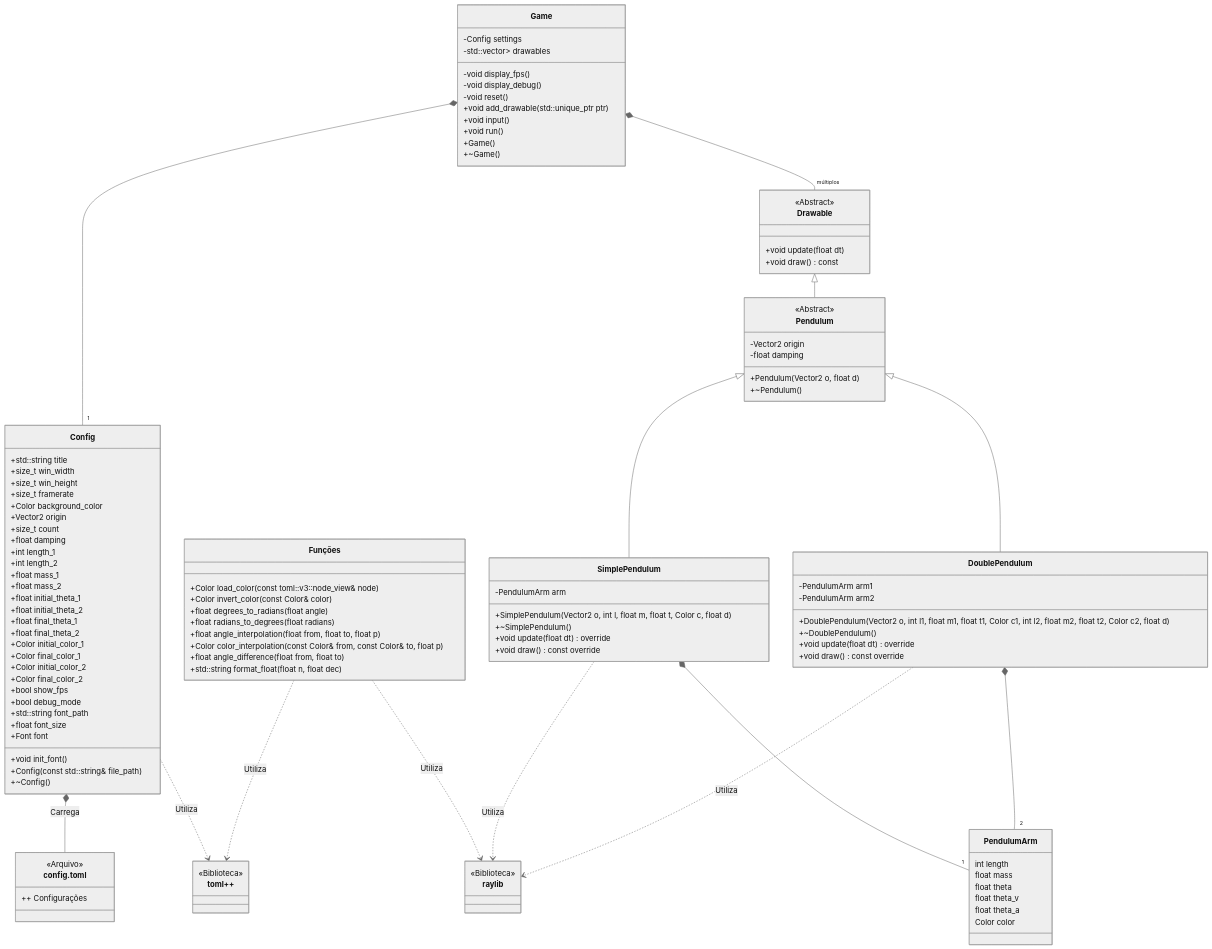
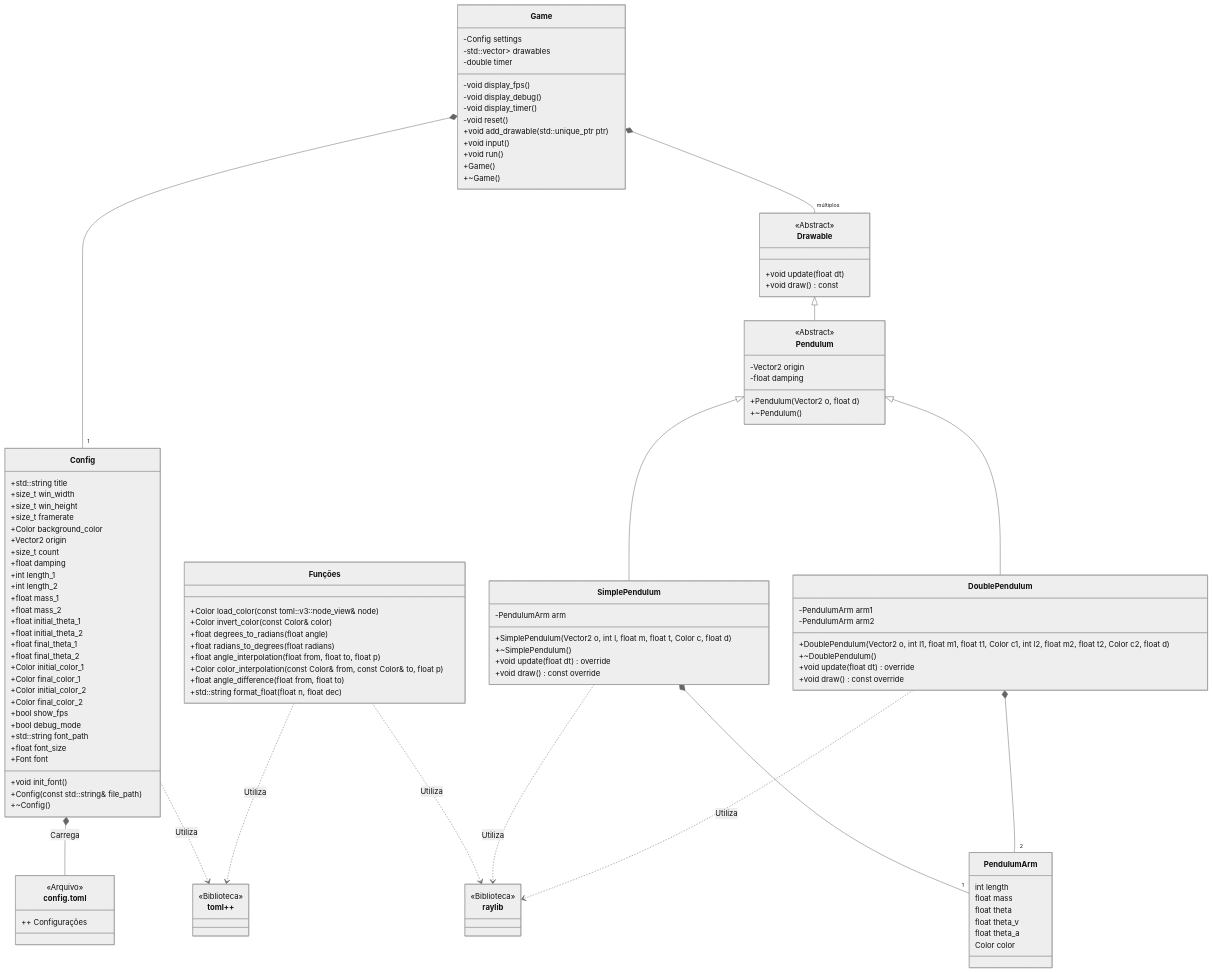
One commit to SamVeras/ChaoticDPends changed the diagram in readme.md. Above: the diagram before and after it, drawn with Mermaid. The commit also changed other lines of this file, not shown here.

```diff
--- a/readme.md
+++ b/readme.md
@@ -81,8 +109,10 @@
   class Game {
       -Config settings
       -std::vector<std::unique_ptr<Drawable>> drawables
+      -double timer
       -void display_fps()
       -void display_debug()
+      -void display_timer()
       -void reset()
       +void add_drawable(std::unique_ptr<Drawable> ptr)
       +void input()
```
